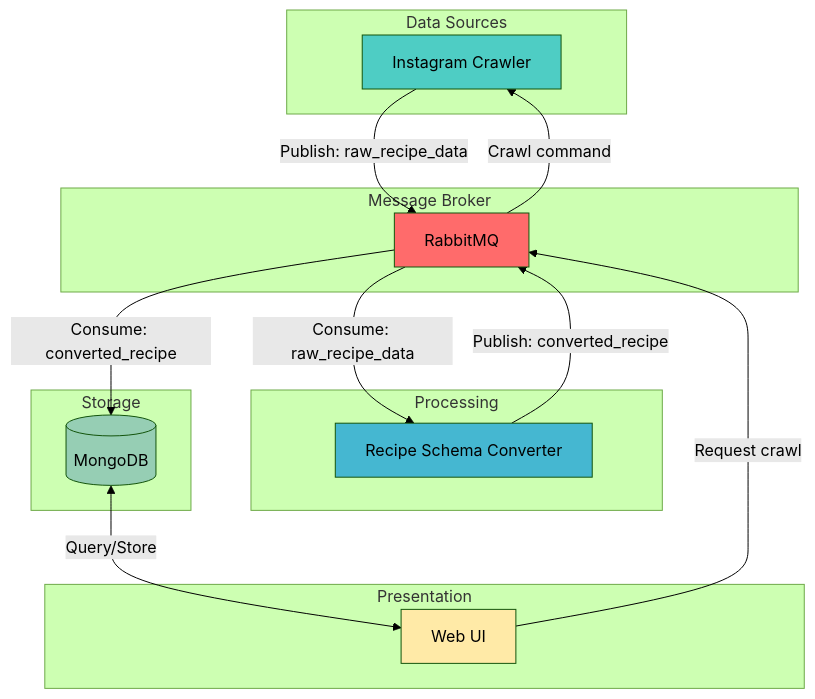
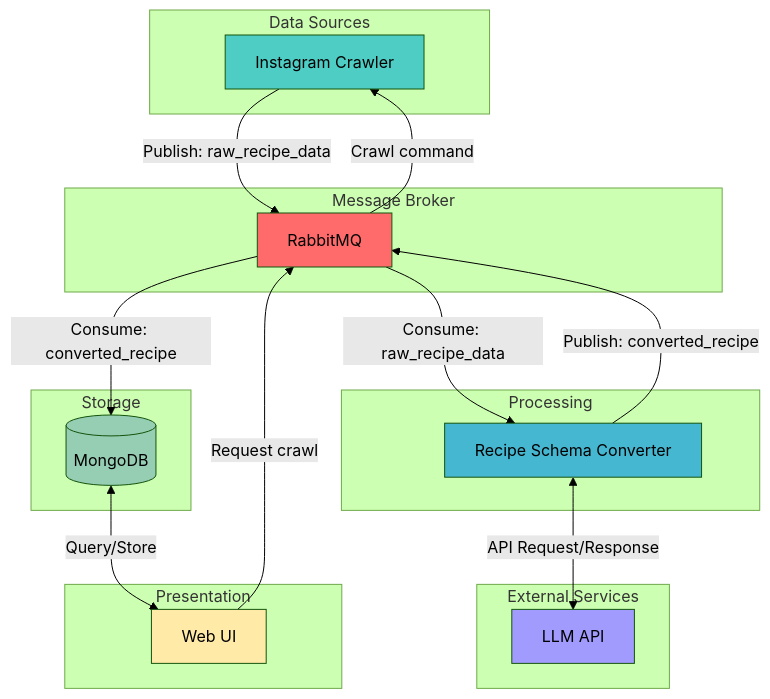
The diagram in README.md (froehrle/recify), drawn with Mermaid (forest theme) before and after one commit. The commit also changed other lines of this file, not shown here.

Commit message:
Add external LLM component

````diff
--- a/README.md
+++ b/README.md
@@ -9,36 +9,42 @@
 ```mermaid
 graph TB
     subgraph "Data Sources"
         IG[Instagram Crawler]
     end
 
     subgraph "Message Broker"
         RMQ[RabbitMQ]
     end
 
     subgraph "Processing"
         RSC[Recipe Schema Converter]
     end
 
+    subgraph "External Services"
+        LLM[LLM API]
+    end
+
     subgraph "Storage"
         DB[(MongoDB)]
     end
 
     subgraph "Presentation"
         UI[Web UI]
     end
 
     IG -->|Publish: raw_recipe_data| RMQ
     RMQ -->|Consume: raw_recipe_data| RSC
+    RSC <-->|API Request/Response| LLM
     RSC -->|Publish: converted_recipe| RMQ
     RMQ -->|Consume: converted_recipe| DB
     DB <-->|Query/Store| UI
     UI -->|Request crawl| RMQ
     RMQ -->|Crawl command| IG
 
     style RMQ fill:#ff6b6b
     style IG fill:#4ecdc4
     style RSC fill:#45b7d1
+    style LLM fill:#a29bfe
     style DB fill:#96ceb4
     style UI fill:#ffeaa7
 ```
````
